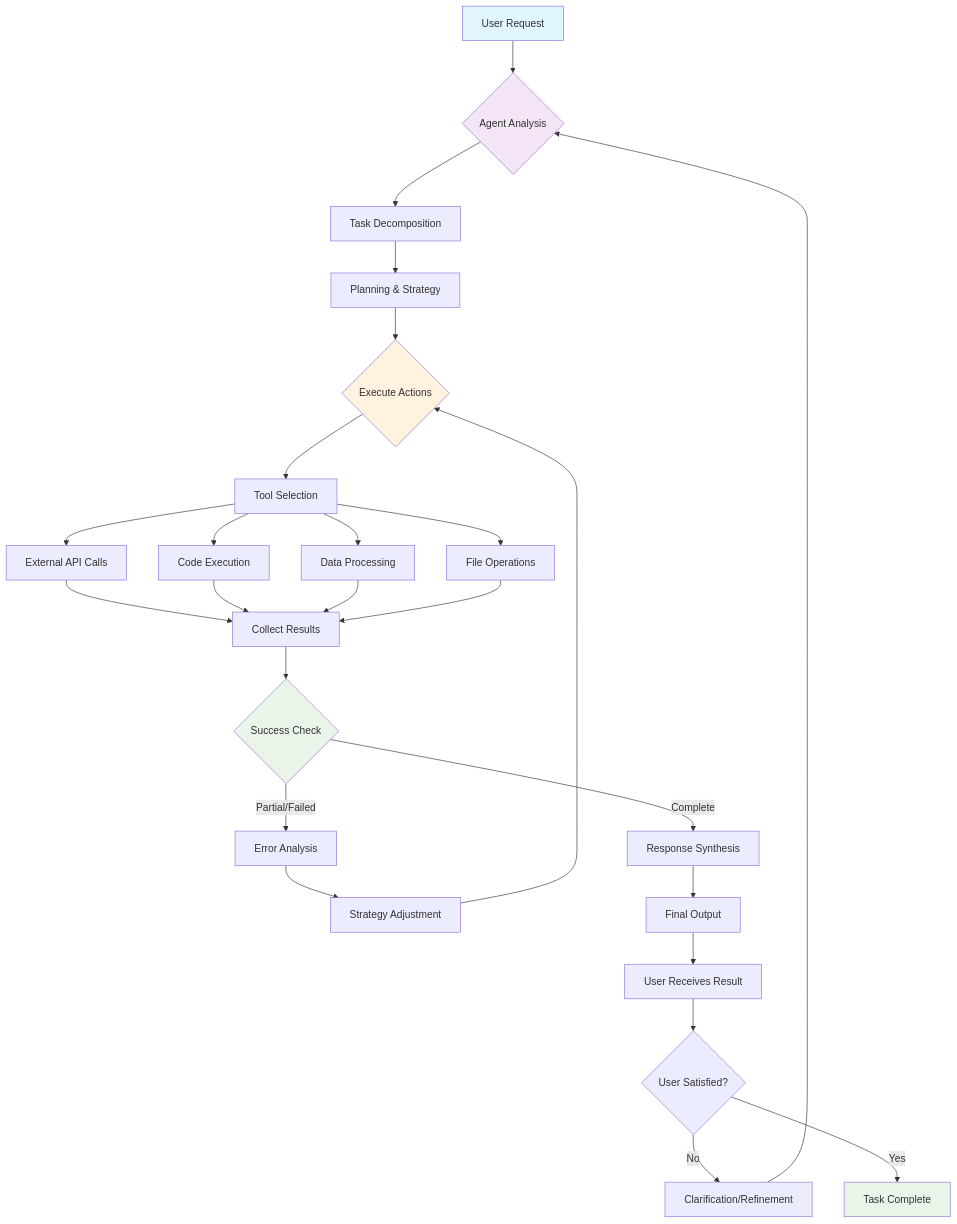
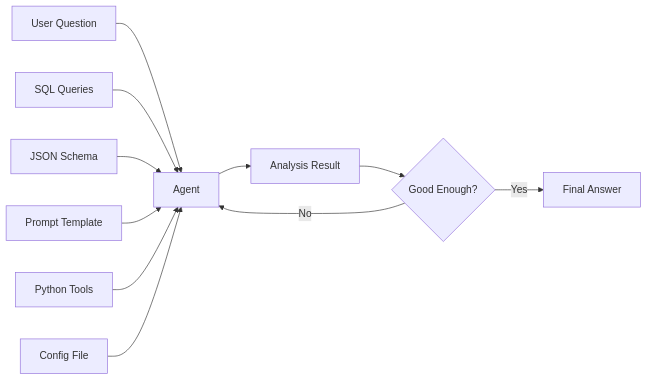
The diagram in README.md (garthmortensen/mermaid), drawn with Mermaid before and after one commit. The commit also changed other lines of this file, not shown here.

````diff
--- a/README.md
+++ b/README.md
@@ -5,40 +5,15 @@
 ```mermaid
-graph TD
-    A[User Request] --> B{Agent Analysis}
-    B --> C[Task Decomposition]
-    C --> D[Planning & Strategy]
+graph LR
+    A[User Question] --> B[Agent]
     
-    D --> E{Execute Actions}
-    E --> F[Tool Selection]
-    F --> G[External API Calls]
-    F --> H[Code Execution]
-    F --> I[Data Processing]
-    F --> J[File Operations]
+    C[SQL Queries] --> B
+    D[JSON Schema] --> B
+    E[Prompt Template] --> B
+    F[Python Tools] --> B
+    G[Config File] --> B
     
-    G --> K[Collect Results]
-    H --> K
-    I --> K
-    J --> K
-    
-    K --> L{Success Check}
-    L -->|Partial/Failed| M[Error Analysis]
-    L -->|Complete| N[Response Synthesis]
-    
-    M --> O[Strategy Adjustment]
-    O --> E
-    
-    N --> P[Final Output]
-    P --> Q[User Receives Result]
-    
-    Q --> R{User Satisfied?}
-    R -->|No| S[Clarification/Refinement]
-    R -->|Yes| T[Task Complete]
-    
-    S --> B
-    
-    style A fill:#e1f5fe
-    style B fill:#f3e5f5
-    style E fill:#fff3e0
-    style L fill:#e8f5e8
-    style T fill:#e8f5e8
+    B --> H[Analysis Result]
+    H --> I{Good Enough?}
+    I -->|No| B
+    I -->|Yes| J[Final Answer]
 ```
````
